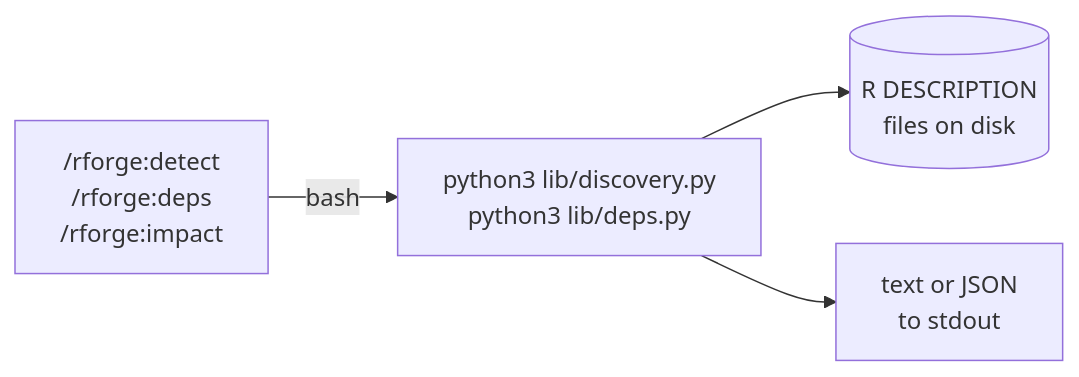
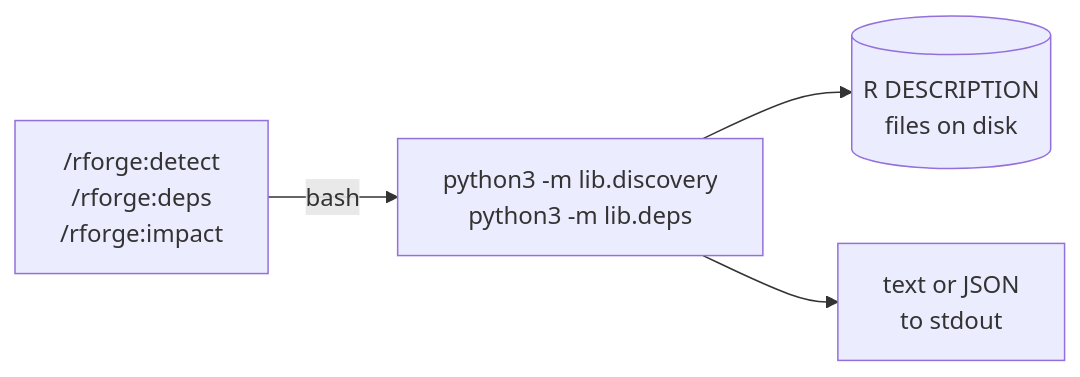
One commit to Data-Wise/rforge changed the diagram in docs/lib-modules.md. Above: the diagram before and after it, drawn with Mermaid. The commit also changed other lines of this file and 15 other files, not shown here.

First line of the commit message:
refactor(lib): make lib/ a real Python package + fix assert in parser

````diff
--- a/docs/lib-modules.md
+++ b/docs/lib-modules.md
@@ -20,6 +20,6 @@
 ```mermaid
 flowchart LR
-    cmd["/rforge:detect<br>/rforge:deps<br>/rforge:impact"] -->|bash| py[python3 lib/discovery.py<br>python3 lib/deps.py]
+    cmd["/rforge:detect<br>/rforge:deps<br>/rforge:impact"] -->|bash| py[python3 -m lib.discovery<br>python3 -m lib.deps]
     py --> fs[(R DESCRIPTION<br>files on disk)]
     py --> out[text or JSON<br>to stdout]
 ```
````
